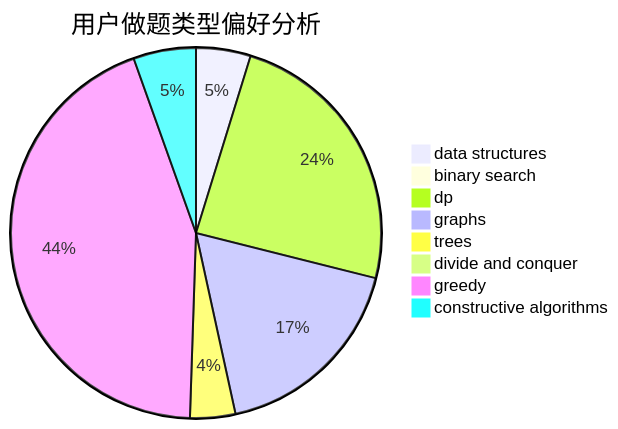
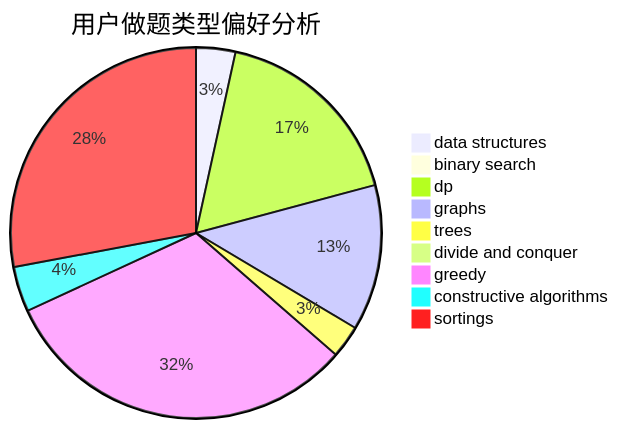
One commit to sherpahu/cfrs.github.io changed the second of 3 diagrams in docs/user/u1648.md. Above: the diagram before and after it, drawn with Mermaid. The commit also changed other lines of this file and 2769 other files, not shown here.

````diff
--- a/docs/user/u1648.md
+++ b/docs/user/u1648.md
@@ -23,11 +18,12 @@
 ```mermaid
 pie title 用户做题类型偏好分析
     "data structures" :  41
     "binary search" :  8
     "dp" :  208
     "graphs" :  152
     "trees" :  34
     "divide and conquer" :  0
     "greedy" :  379
     "constructive algorithms" :  47
+    "sortings" :  334
 ```
````
